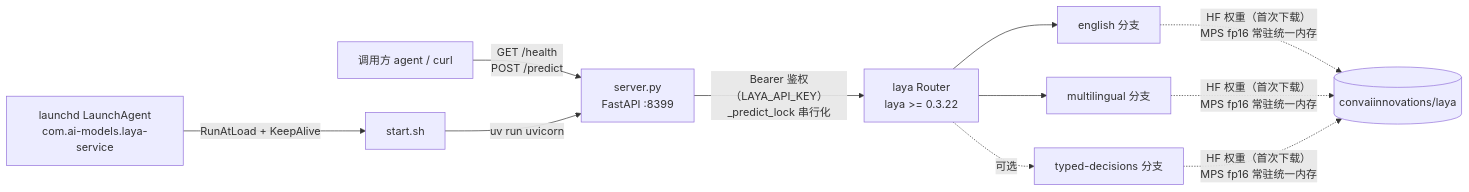
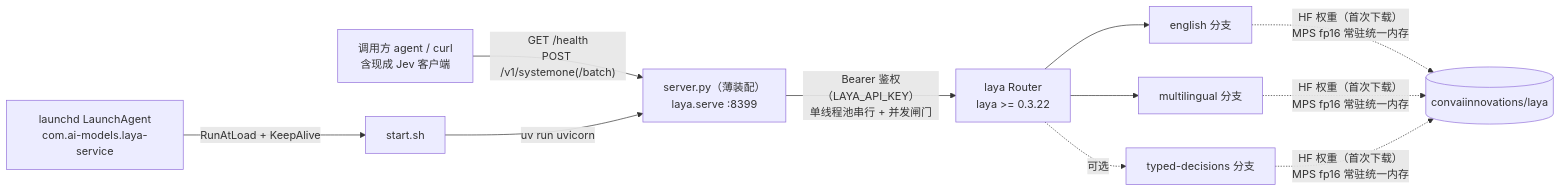
One commit to FnSGit/laya-service changed the diagram in CLAUDE.md. Above: the diagram before and after it, drawn with Mermaid. The commit also changed other lines of this file and 2 other files, not shown here.

First line of the commit message:
feat!: 切换为 TypeSafe Jev /v1/systemone wire 协议

````diff
--- a/CLAUDE.md
+++ b/CLAUDE.md
@@ -23,11 +24,11 @@
 ```mermaid
 flowchart LR
-    A["调用方 agent / curl"] -->|"GET /health<br/>POST /predict"| B["server.py<br/>FastAPI :8399"]
+    A["调用方 agent / curl<br/>含现成 Jev 客户端"] -->|"GET /health<br/>POST /v1/systemone(/batch)"| B["server.py（薄装配）<br/>laya.serve :8399"]
     C["launchd LaunchAgent<br/>com.ai-models.laya-service"] -->|"RunAtLoad + KeepAlive"| D["start.sh"]
     D -->|"uv run uvicorn"| B
-    B -->|"Bearer 鉴权（LAYA_API_KEY）<br/>_predict_lock 串行化"| E["laya Router<br/>laya >= 0.3.22"]
+    B -->|"Bearer 鉴权（LAYA_API_KEY）<br/>单线程池串行 + 并发闸门"| E["laya Router<br/>laya >= 0.3.22"]
     E --> F["english 分支"]
     E --> G["multilingual 分支"]
     E -.可选.-> H["typed-decisions 分支"]
     F & G & H -.->|"HF 权重（首次下载）<br/>MPS fp16 常驻统一内存"| I[("convaiinnovations/laya")]
 ```
````
